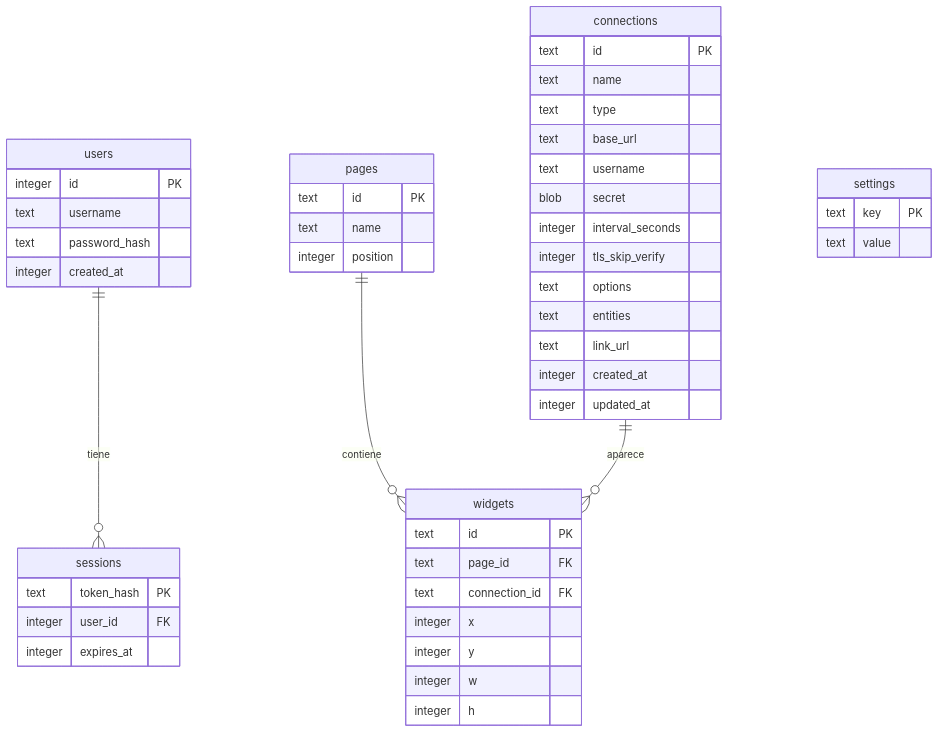
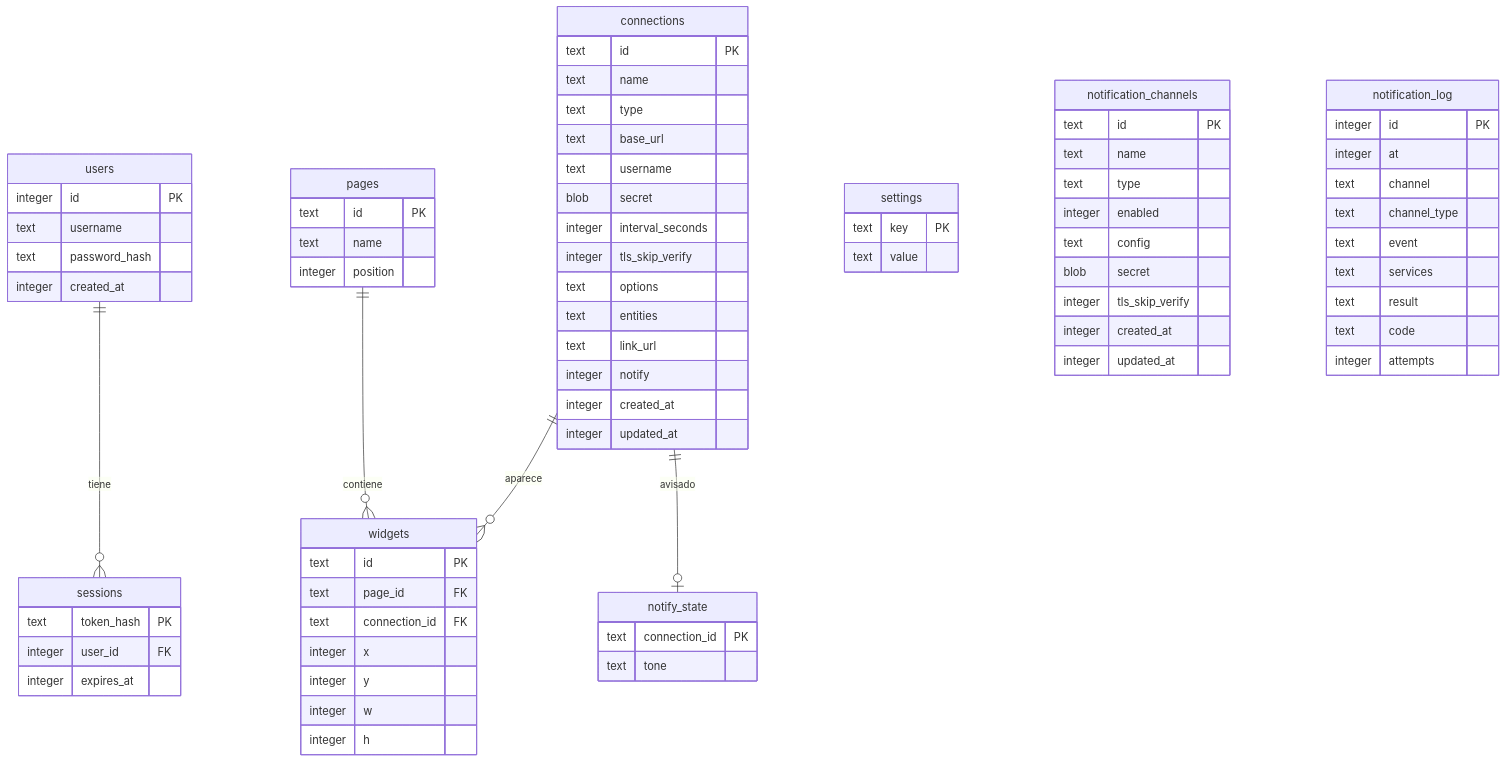
Before and after one commit to izakdev/talaia: the fourth of 5 diagrams in docs/proyecto/02-arquitectura.md, drawn with Mermaid. The commit also changed other lines of this file and 105 other files, not shown here.

````diff
--- a/docs/proyecto/02-arquitectura.md
+++ b/docs/proyecto/02-arquitectura.md
@@ -272,50 +324,78 @@
 ```mermaid
 erDiagram
     users ||--o{ sessions : tiene
     pages ||--o{ widgets : contiene
     connections ||--o{ widgets : aparece
+    connections ||--o| notify_state : avisado
     settings {
         text key PK
         text value
     }
     pages {
         text id PK
         text name
         integer position
     }
     widgets {
         text id PK
         text page_id FK
         text connection_id FK
         integer x
         integer y
         integer w
         integer h
     }
     users {
         integer id PK
         text username
         text password_hash
         integer created_at
     }
     sessions {
         text token_hash PK
         integer user_id FK
         integer expires_at
     }
     connections {
         text id PK
         text name
         text type
         text base_url
         text username
         blob secret
         integer interval_seconds
         integer tls_skip_verify
         text options
         text entities
         text link_url
+        integer notify
         integer created_at
         integer updated_at
     }
+    notify_state {
+        text connection_id PK
+        text tone
+    }
+    notification_channels {
+        text id PK
+        text name
+        text type
+        integer enabled
+        text config
+        blob secret
+        integer tls_skip_verify
+        integer created_at
+        integer updated_at
+    }
+    notification_log {
+        integer id PK
+        integer at
+        text channel
+        text channel_type
+        text event
+        text services
+        text result
+        text code
+        integer attempts
+    }
 ```
````
